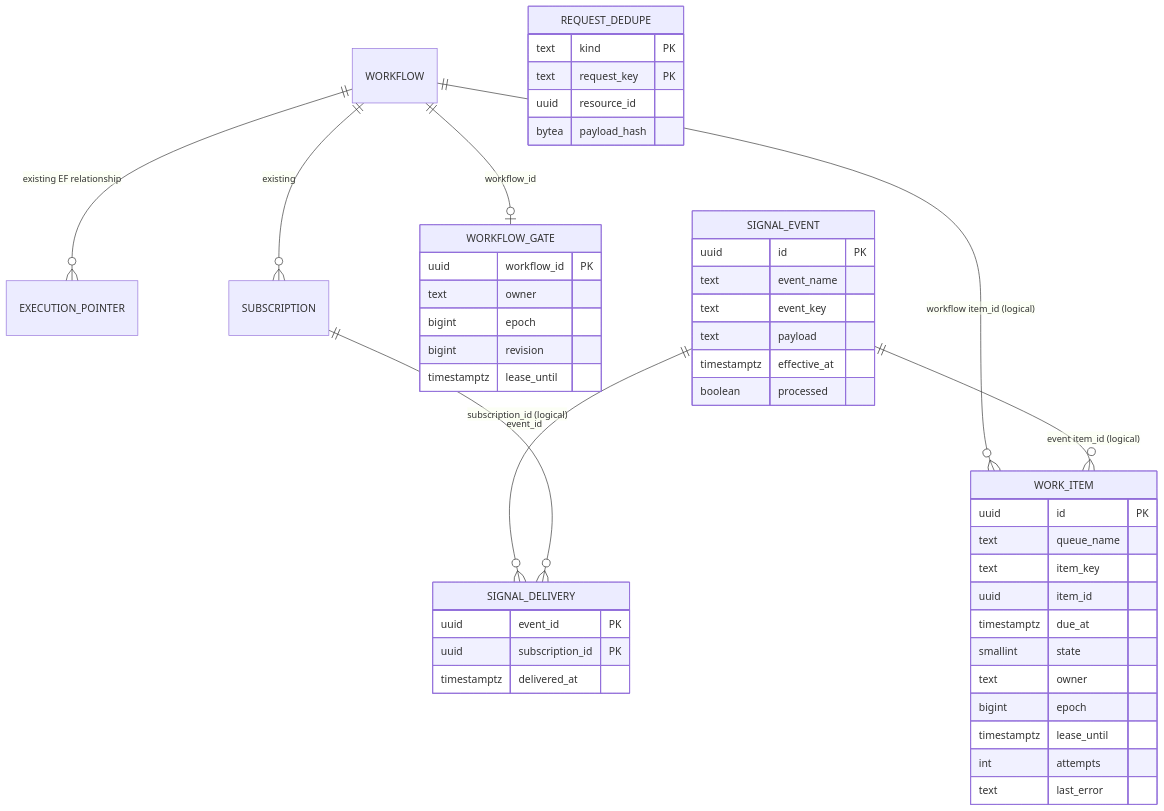
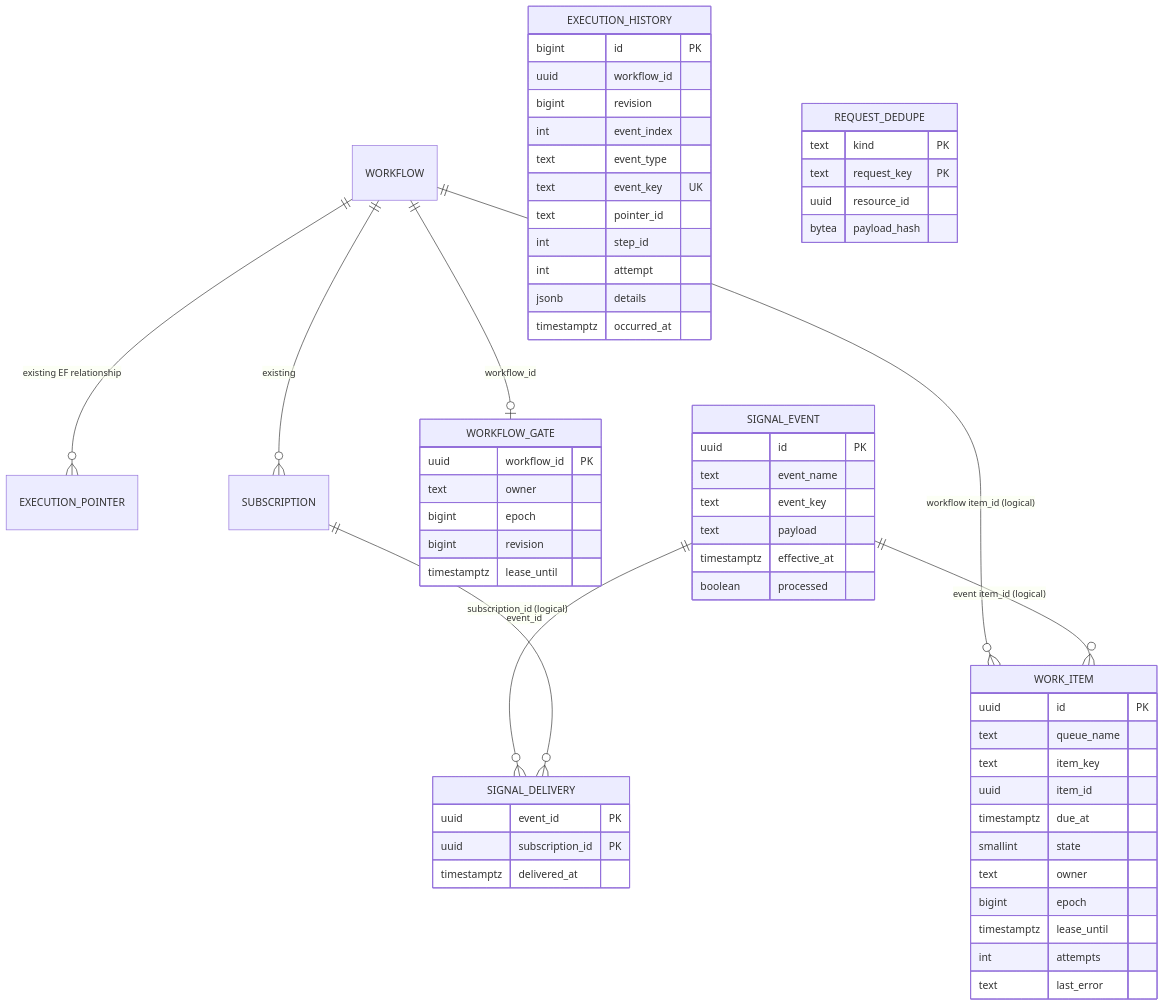
One commit to thanhhaictld/workflow-core changed the diagram in scaling/docs/persistence.md. Above: the diagram before and after it, drawn with Mermaid. The commit also changed other lines of this file, not shown here.

Commit message:
docs(history): document implementation, deployment, audit semantics and limits

````diff
--- a/scaling/docs/persistence.md
+++ b/scaling/docs/persistence.md
@@ -14,49 +14,62 @@
 ```mermaid
 erDiagram
   WORKFLOW ||--o{ EXECUTION_POINTER : "existing EF relationship"
   WORKFLOW ||--o{ SUBSCRIPTION : "existing"
   WORKFLOW ||--o{ WORK_ITEM : "workflow item_id (logical)"
   WORKFLOW ||--o| WORKFLOW_GATE : "workflow_id"
   SIGNAL_EVENT ||--o{ WORK_ITEM : "event item_id (logical)"
   SIGNAL_EVENT ||--o{ SIGNAL_DELIVERY : event_id
   SUBSCRIPTION ||--o{ SIGNAL_DELIVERY : "subscription_id (logical)"
   WORK_ITEM {
     uuid id PK
     text queue_name
     text item_key
     uuid item_id
     timestamptz due_at
     smallint state
     text owner
     bigint epoch
     timestamptz lease_until
     int attempts
     text last_error
   }
   WORKFLOW_GATE {
     uuid workflow_id PK
     text owner
     bigint epoch
     bigint revision
     timestamptz lease_until
   }
   SIGNAL_EVENT {
     uuid id PK
     text event_name
     text event_key
     text payload
     timestamptz effective_at
     boolean processed
   }
   SIGNAL_DELIVERY {
     uuid event_id PK
     uuid subscription_id PK
     timestamptz delivered_at
   }
+  EXECUTION_HISTORY {
+    bigint id PK
+    uuid workflow_id
+    bigint revision
+    int event_index
+    text event_type
+    text event_key UK
+    text pointer_id
+    int step_id
+    int attempt
+    jsonb details
+    timestamptz occurred_at
+  }
   REQUEST_DEDUPE {
     text kind PK
     text request_key PK
     uuid resource_id
     bytea payload_hash
   }
 ```
````
